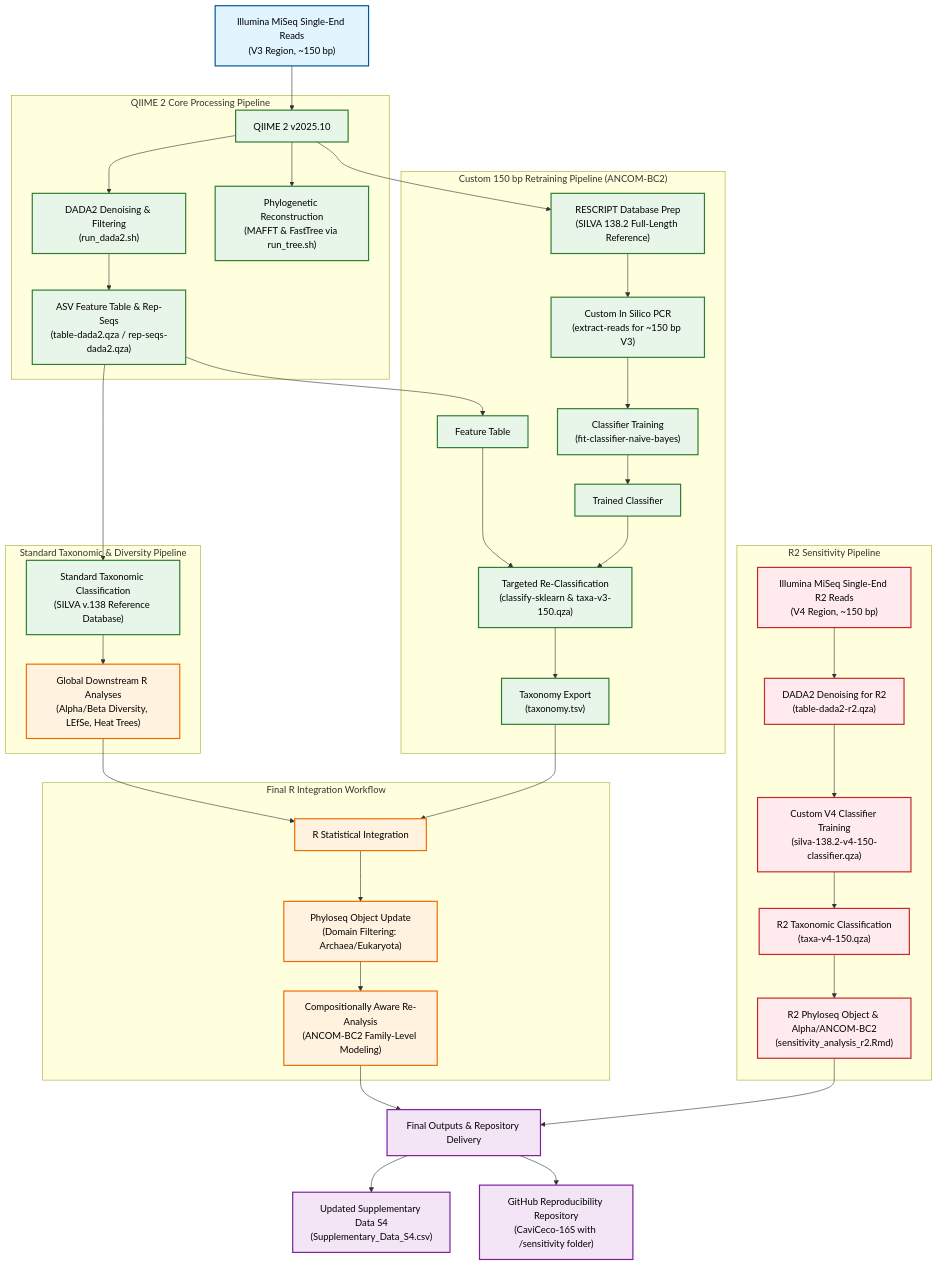
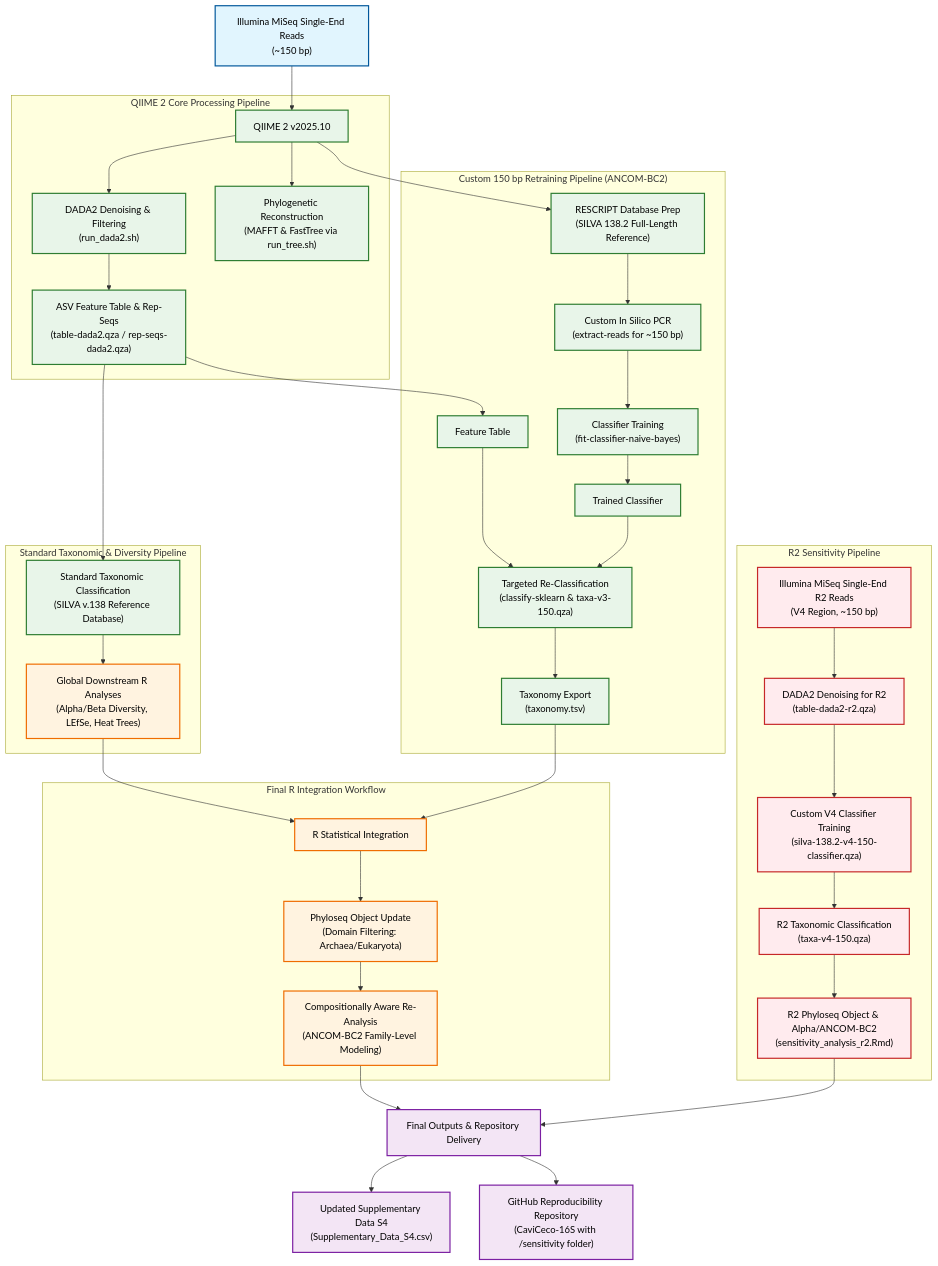
Before and after one commit to Elcornevic/CaviCeco-16S: the diagram in README.md, drawn with Mermaid. The commit also changed other lines of this file, not shown here.

Commit message:
Refine Illumina MiSeq and classifier descriptions
Updated descriptions for clarity and consistency regarding Illumina MiSeq reads and custom classifier training.

````diff
--- a/README.md
+++ b/README.md
@@ -113,52 +113,52 @@
 ```mermaid
 graph TD
     %% Styling
     classDef process fill:#e1f5fe,stroke:#01579b,stroke-width:2px,color:#000;
     classDef qiime fill:#e8f5e9,stroke:#2e7d32,stroke-width:2px,color:#000;
     classDef rscript fill:#fff3e0,stroke:#ef6c00,stroke-width:2px,color:#000;
     classDef output fill:#f3e5f5,stroke:#7b1fa2,stroke-width:2px,color:#000;
     classDef sensitivity fill:#ffebee,stroke:#c62828,stroke-width:2px,color:#000;
 
-    A["Illumina MiSeq Single-End Reads<br>(V3 Region, ~150 bp)"]:::process --> B["QIIME 2 v2025.10"]:::qiime
+    A["Illumina MiSeq Single-End Reads<br>(~150 bp)"]:::process --> B["QIIME 2 v2025.10"]:::qiime
     
     subgraph QIIME2_Core ["QIIME 2 Core Processing Pipeline"]
         B --> C["DADA2 Denoising & Filtering<br>(run_dada2.sh)"]:::qiime
         B --> D["Phylogenetic Reconstruction<br>(MAFFT & FastTree via run_tree.sh)"]:::qiime
         C --> E["ASV Feature Table & Rep-Seqs<br>(table-dada2.qza / rep-seqs-dada2.qza)"]:::qiime
     end
 
     subgraph Standard_Taxonomy ["Standard Taxonomic & Diversity Pipeline"]
         E --> F["Standard Taxonomic Classification<br>(SILVA v.138 Reference Database)"]:::qiime
         F --> G["Global Downstream R Analyses<br>(Alpha/Beta Diversity, LEfSe, Heat Trees)"]:::rscript
     end
 
     subgraph Custom_Classifier ["Custom 150 bp Retraining Pipeline (ANCOM-BC2)"]
         B --> H["RESCRIPT Database Prep<br>(SILVA 138.2 Full-Length Reference)"]:::qiime
-        H --> I["Custom In Silico PCR<br>(extract-reads for ~150 bp V3)"]:::qiime
+        H --> I["Custom In Silico PCR<br>(extract-reads for ~150 bp)"]:::qiime
         I --> J["Classifier Training<br>(fit-classifier-naive-bayes)"]:::qiime
         E --> K1["Feature Table"]:::qiime
         J --> K2["Trained Classifier"]:::qiime
         K1 & K2 --> K["Targeted Re-Classification<br>(classify-sklearn & taxa-v3-150.qza)"]:::qiime
         K --> L["Taxonomy Export<br>(taxonomy.tsv)"]:::qiime
     end
 
     subgraph Sensitivity_Pipeline ["R2 Sensitivity Pipeline"]
         S1["Illumina MiSeq Single-End R2 Reads<br>(V4 Region, ~150 bp)"]:::sensitivity --> S2["DADA2 Denoising for R2<br>(table-dada2-r2.qza)"]:::sensitivity
         S2 --> S3["Custom V4 Classifier Training<br>(silva-138.2-v4-150-classifier.qza)"]:::sensitivity
         S3 --> S4["R2 Taxonomic Classification<br>(taxa-v4-150.qza)"]:::sensitivity
         S4 --> S5["R2 Phyloseq Object & Alpha/ANCOM-BC2<br>(sensitivity_analysis_r2.Rmd)"]:::sensitivity
     end
 
     G --> M["R Statistical Integration"]:::rscript
     L --> M
     
     subgraph Final_Integration ["Final R Integration Workflow"]
         M --> N["Phyloseq Object Update<br>(Domain Filtering: Archaea/Eukaryota)"]:::rscript
         N --> O["Compositionally Aware Re-Analysis<br>(ANCOM-BC2 Family-Level Modeling)"]:::rscript
     end
 
     O --> P["Final Outputs & Repository Delivery"]:::output
     S5 --> P
     P --> Q["Updated Supplementary Data S4<br>(Supplementary_Data_S4.csv)"]:::output
     P --> R["GitHub Reproducibility Repository<br>(CaviCeco-16S with /sensitivity folder)"]:::output
 ```
````
